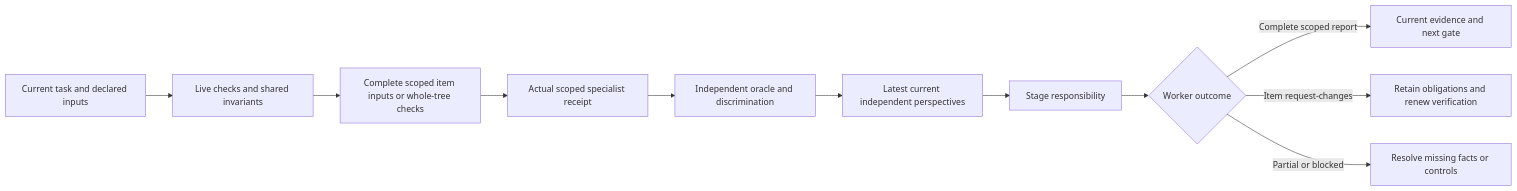
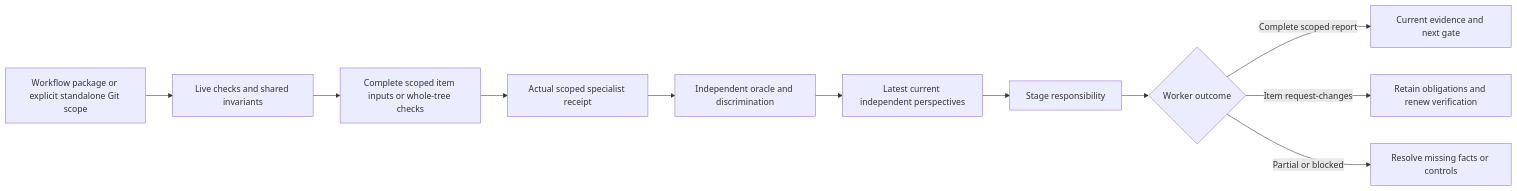
Before and after one commit to wgentil/devflow: the diagram in skills/review-work/SKILL.md, drawn with Mermaid. The commit also changed other lines of this file and 24 other files, not shown here.

Commit message:
feat: review explicit Git scopes in independent native sessions

````diff
--- a/skills/review-work/SKILL.md
+++ b/skills/review-work/SKILL.md
@@ -18,13 +18,13 @@
 ```mermaid
 flowchart LR
-    Scope[Current task and declared inputs] --> Checks[Live checks and shared invariants]
+    Scope[Workflow package or explicit standalone Git scope] --> Checks[Live checks and shared invariants]
     Checks --> Inputs[Complete scoped item inputs or whole-tree checks]
     Inputs --> Model[Actual scoped specialist receipt]
     Model --> Quality[Independent oracle and discrimination]
     Quality --> Coverage[Latest current independent perspectives]
     Coverage --> Work[Stage responsibility]
     Work --> Result{Worker outcome}
     Result -->|Complete scoped report| Evidence[Current evidence and next gate]
     Result -->|Item request-changes| Retry[Retain obligations and renew verification]
     Result -->|Partial or blocked| Recover[Resolve missing facts or controls]
 ```
````
